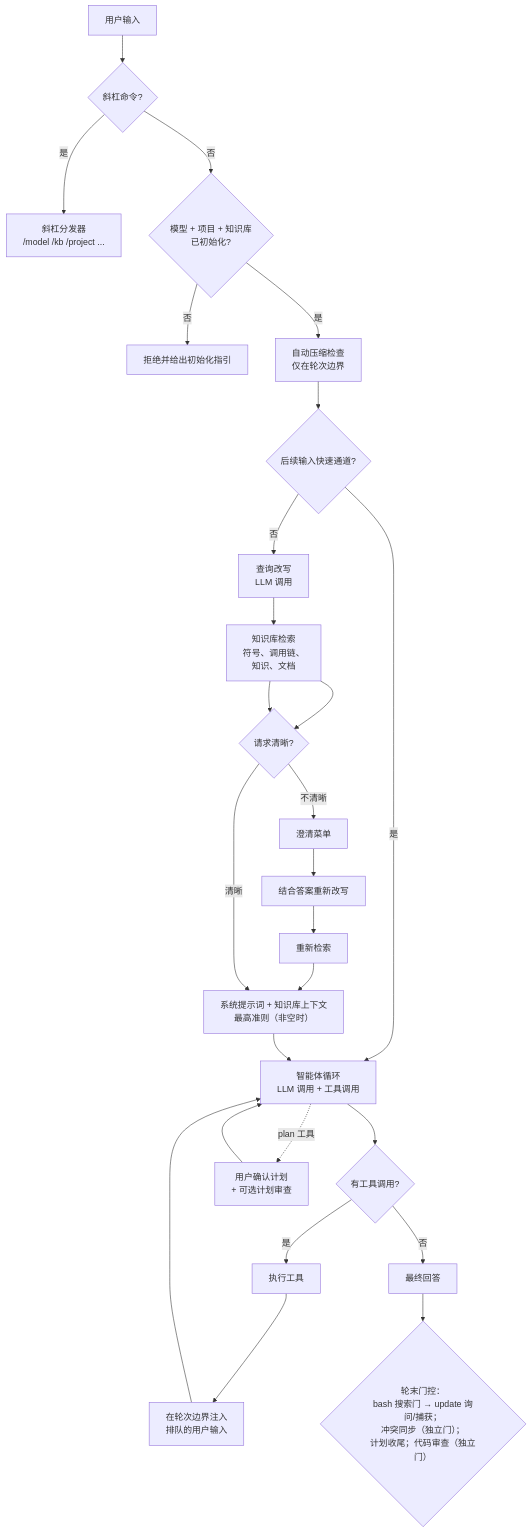
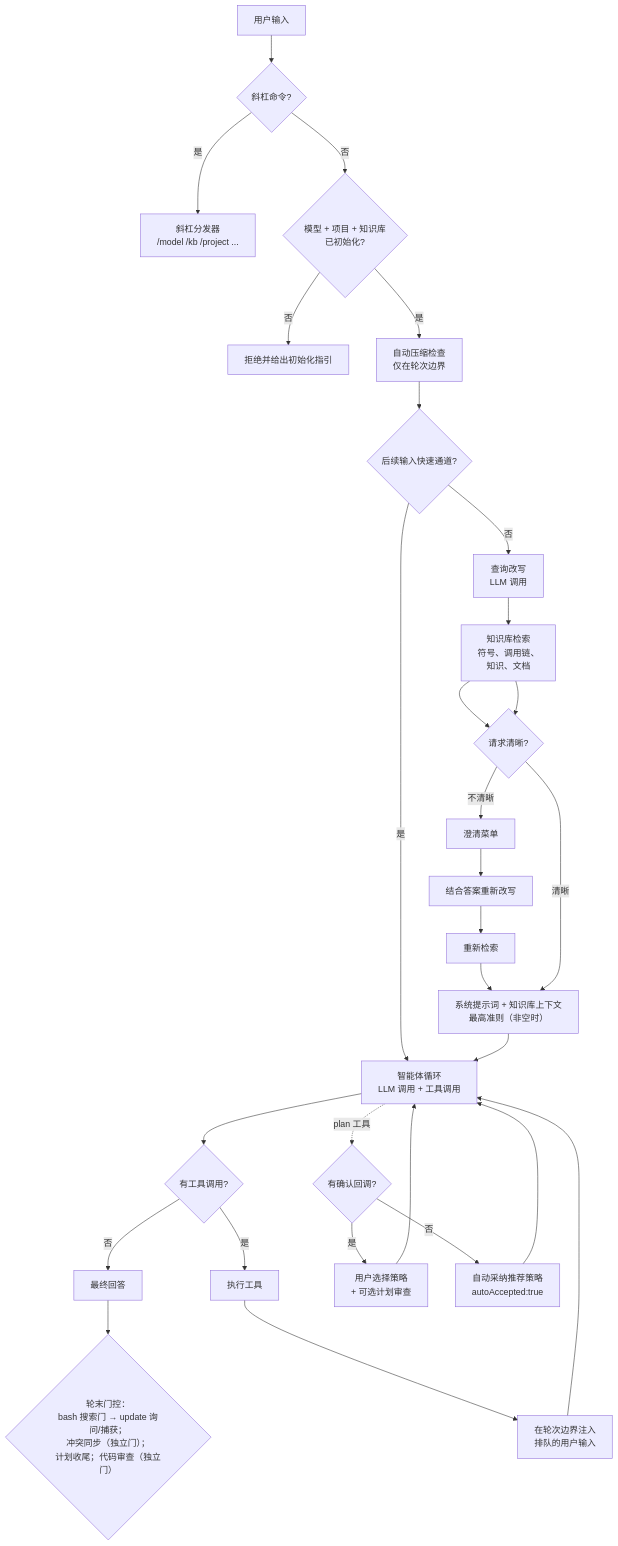
Before and after one commit to HaloTech-Co-Ltd/hk2: the diagram in docs/zh-CN/concepts/agent-workflow.md, drawn with Mermaid. The commit also changed other lines of this file and 32 other files, not shown here.

````diff
--- a/docs/zh-CN/concepts/agent-workflow.md
+++ b/docs/zh-CN/concepts/agent-workflow.md
@@ -12,21 +12,24 @@
 ```mermaid
 flowchart TD
     U[用户输入] --> SL{斜杠命令?}
     SL -- 是 --> SC[斜杠分发器<br/>/model /kb /project ...]
     SL -- 否 --> GATE{模型 + 项目 + 知识库<br/>已初始化?}
     GATE -- 否 --> HINT[拒绝并给出初始化指引]
     GATE -- 是 --> AC[自动压缩检查<br/>仅在轮次边界]
     AC --> FL{后续输入快速通道?}
     FL -- 是 --> LOOP
     FL -- 否 --> RW[查询改写<br/>LLM 调用] --> KB[知识库检索<br/>符号、调用链、<br/>知识、文档] --> ASSESS{请求清晰?}
     ASSESS -- 不清晰 --> MENU[澄清菜单] --> RW2[结合答案重新改写] --> KB2[重新检索] --> SP
     ASSESS -- 清晰 --> SP
     KB --> ASSESS
     SP[系统提示词 + 知识库上下文<br/>最高准则（非空时）] --> LOOP[智能体循环<br/>LLM 调用 + 工具调用]
     LOOP --> TOOLS{有工具调用?}
     TOOLS -- 是 --> EXEC[执行工具] --> QUEUE[在轮次边界注入<br/>排队的用户输入] --> LOOP
     TOOLS -- 否 --> ANS[最终回答]
-    LOOP -.plan 工具.-> CONFIRM[用户确认计划<br/>+ 可选计划审查]
+    LOOP -.plan 工具.-> MODE{有确认回调?}
+    MODE -- 是 --> CONFIRM[用户选择策略<br/>+ 可选计划审查]
+    MODE -- 否 --> AUTO[自动采纳推荐策略<br/>autoAccepted:true]
     CONFIRM --> LOOP
+    AUTO --> LOOP
     ANS --> EOT{轮末门控：<br/>bash 搜索门 → update 询问/捕获；<br/>冲突同步（独立门）；<br/>计划收尾；代码审查（独立门）}
 ```
````
